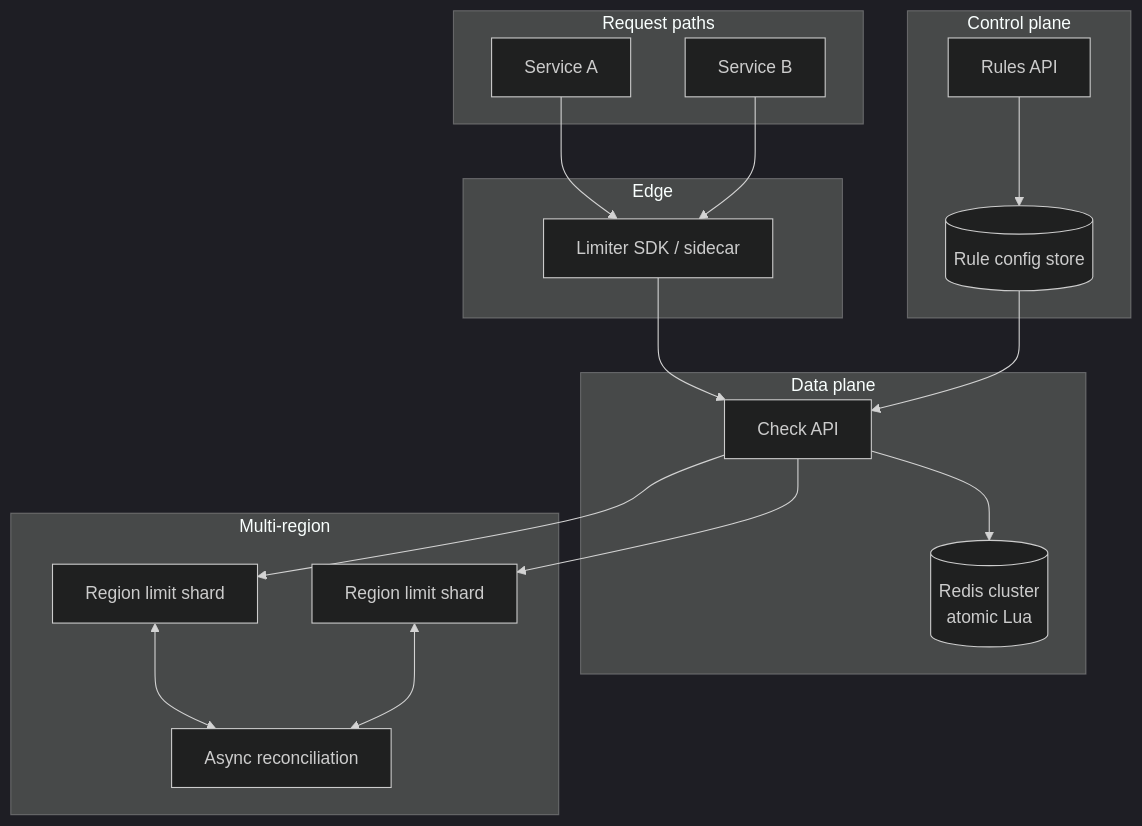
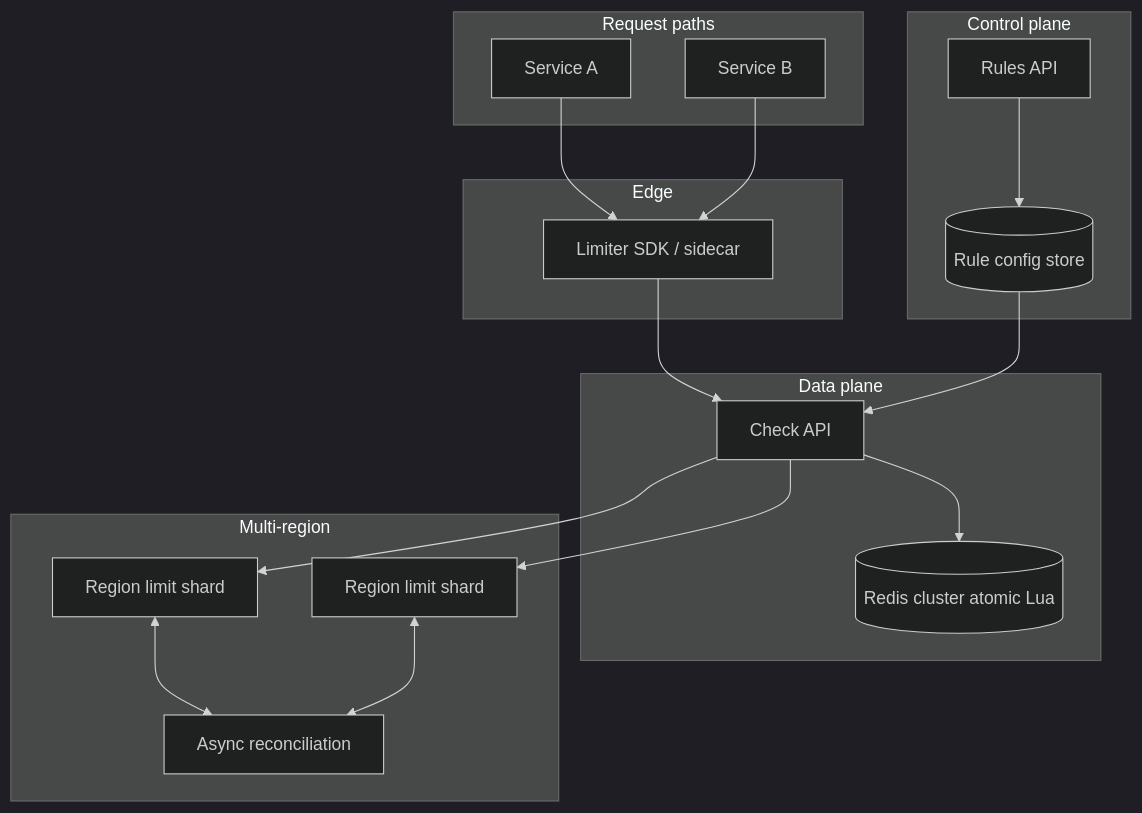
The diagram in ui/content/markdown/general-system-design/01-distributed-rate-limiter.md (vpeetla-ai/ai-architect-interview-playbook), drawn with Mermaid (dark theme) before and after one commit. The commit also changed 6 other files, not shown here.

First line of the commit message:
Render Mermaid HLD diagrams as SVG in the study UI.

````diff
--- a/ui/content/markdown/general-system-design/01-distributed-rate-limiter.md
+++ b/ui/content/markdown/general-system-design/01-distributed-rate-limiter.md
@@ -71,31 +71,31 @@
 ```mermaid
 graph TB
   subgraph clients [Request paths]
     SvcA[Service A]
     SvcB[Service B]
   end
   subgraph edge [Edge]
     SDK[Limiter SDK / sidecar]
   end
   subgraph control [Control plane]
     Rules[Rules API]
     Config[(Rule config store)]
   end
   subgraph dataPlane [Data plane]
     Check[Check API]
-    Redis[(Redis cluster<br/>atomic Lua)]
+    Redis[(Redis cluster atomic Lua)]
   end
   subgraph regions [Multi-region]
     R1[Region limit shard]
     R2[Region limit shard]
     Gossip[Async reconciliation]
   end
   SvcA --> SDK --> Check
   SvcB --> SDK
   Rules --> Config --> Check
   Check --> Redis
   Check --> R1
   Check --> R2
   R1 <--> Gossip
   R2 <--> Gossip
 ```
````
